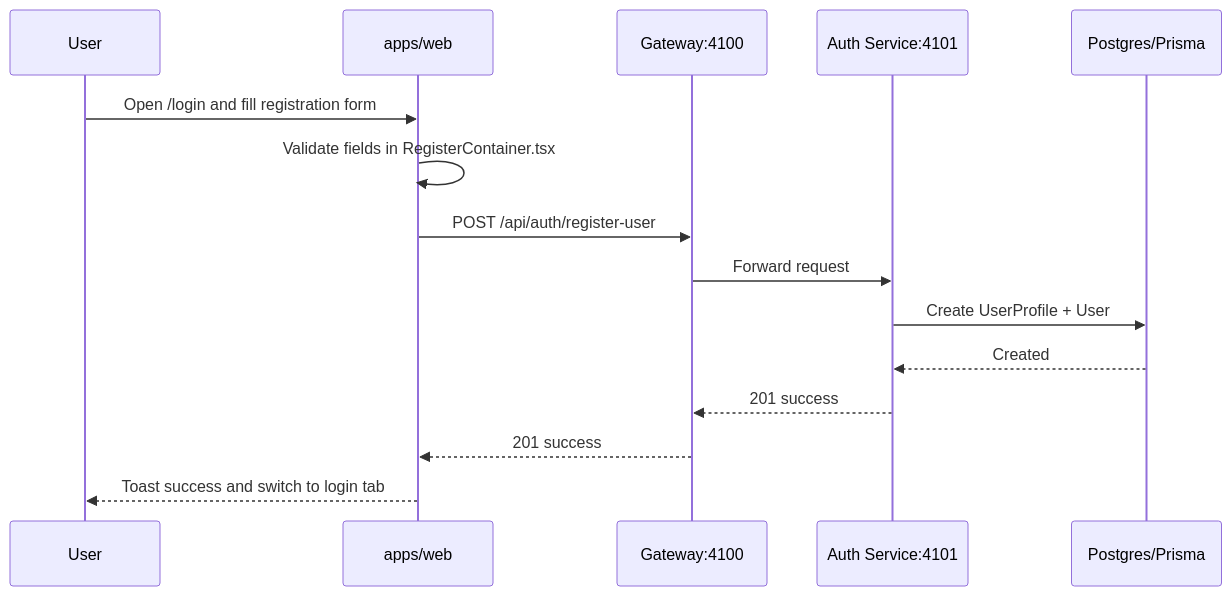
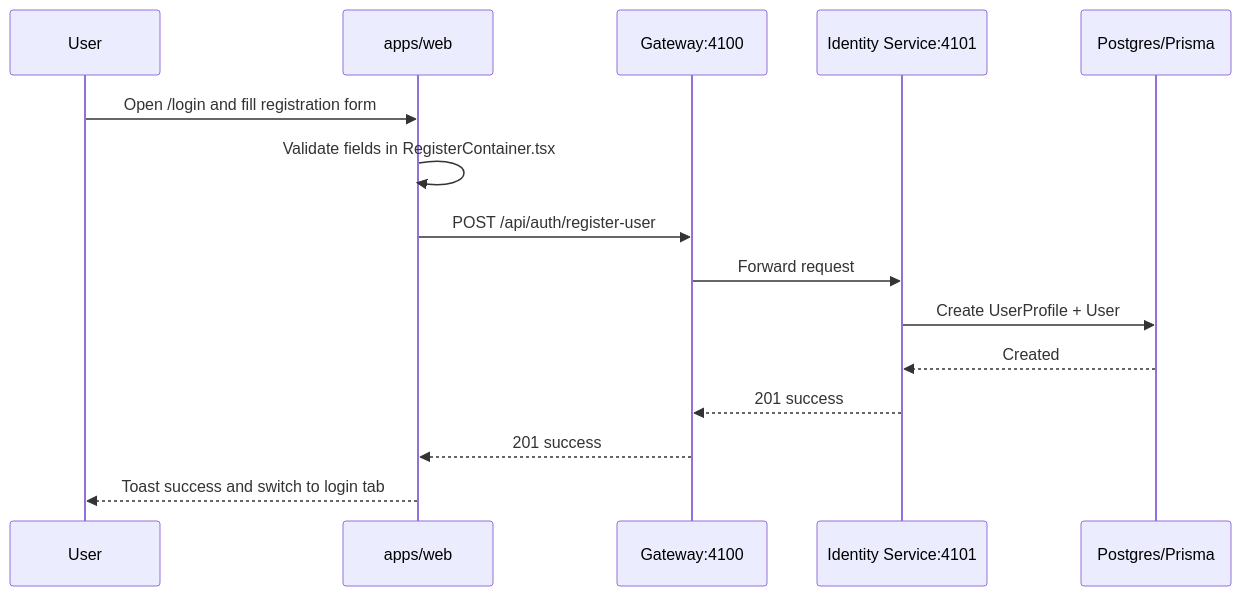
Before and after one commit to Sam231221/Yome: the second of 3 diagrams in docs/PROJECT_ARCHITECTURE_AND_WORKFLOWS.md, drawn with Mermaid. The commit also changed other lines of this file and 7 other files, not shown here.

First line of the commit message:
docs: B05 completeness audit — remove unused dep, fix stale auth-service prose

````diff
--- a/docs/PROJECT_ARCHITECTURE_AND_WORKFLOWS.md
+++ b/docs/PROJECT_ARCHITECTURE_AND_WORKFLOWS.md
@@ -201,18 +201,18 @@
 ```mermaid
 sequenceDiagram
     participant U as User
     participant W as apps/web
     participant G as Gateway:4100
-    participant A as Auth Service:4101
+    participant A as Identity Service:4101
     participant DB as Postgres/Prisma
 
     U->>W: Open /login and fill registration form
     W->>W: Validate fields in RegisterContainer.tsx
     W->>G: POST /api/auth/register-user
     G->>A: Forward request
     A->>DB: Create UserProfile + User
     DB-->>A: Created
     A-->>G: 201 success
     G-->>W: 201 success
     W-->>U: Toast success and switch to login tab
 ```
````
